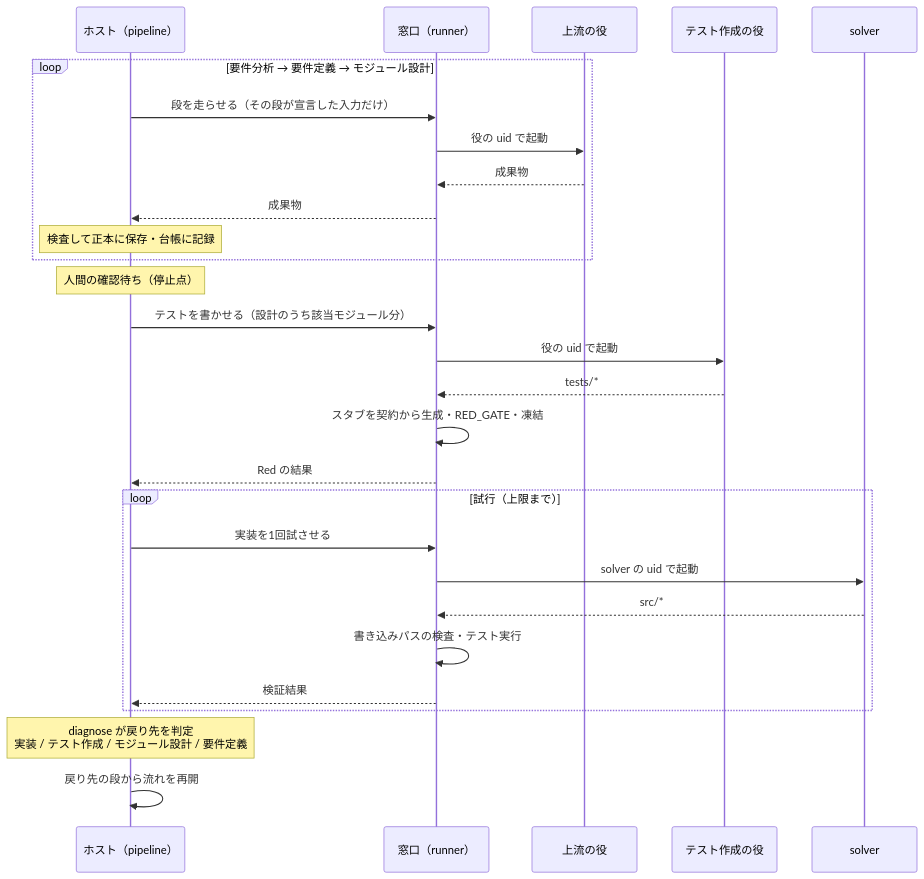
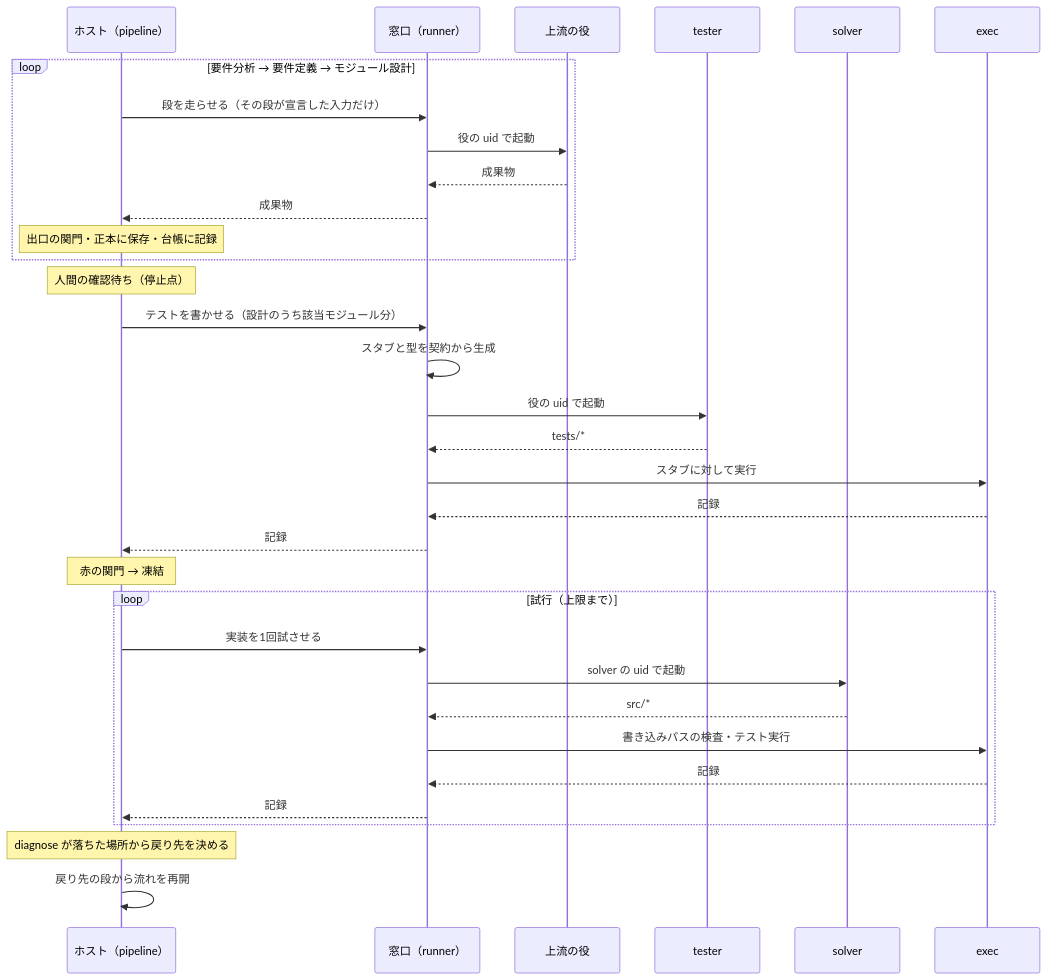
The second of 2 diagrams in docs/REDESIGN.md (Nakano-official/Loop-Engine), drawn with Mermaid before and after one commit. The commit also changed other lines of this file, not shown here.

````diff
--- a/docs/REDESIGN.md
+++ b/docs/REDESIGN.md
@@ -220,34 +363,39 @@
 ```mermaid
 sequenceDiagram
   participant H as ホスト（pipeline）
   participant R as 窓口（runner）
   participant U as 上流の役
-  participant T as テスト作成の役
+  participant T as tester
   participant S as solver
+  participant X as exec
 
   loop 要件分析 → 要件定義 → モジュール設計
     H->>R: 段を走らせる（その段が宣言した入力だけ）
     R->>U: 役の uid で起動
     U-->>R: 成果物
     R-->>H: 成果物
-    Note over H: 検査して正本に保存・台帳に記録
+    Note over H: 出口の関門・正本に保存・台帳に記録
   end
   Note over H: 人間の確認待ち（停止点）
 
   H->>R: テストを書かせる（設計のうち該当モジュール分）
+  R->>R: スタブと型を契約から生成
   R->>T: 役の uid で起動
   T-->>R: tests/*
-  R->>R: スタブを契約から生成・RED_GATE・凍結
-  R-->>H: Red の結果
+  R->>X: スタブに対して実行
+  X-->>R: 記録
+  R-->>H: 記録
+  Note over H: 赤の関門 → 凍結
 
   loop 試行（上限まで）
     H->>R: 実装を1回試させる
     R->>S: solver の uid で起動
     S-->>R: src/*
-    R->>R: 書き込みパスの検査・テスト実行
-    R-->>H: 検証結果
+    R->>X: 書き込みパスの検査・テスト実行
+    X-->>R: 記録
+    R-->>H: 記録
   end
 
-  Note over H: diagnose が戻り先を判定<br/>実装 / テスト作成 / モジュール設計 / 要件定義
+  Note over H: diagnose が落ちた場所から戻り先を決める
   H->>H: 戻り先の段から流れを再開
 ```
````
